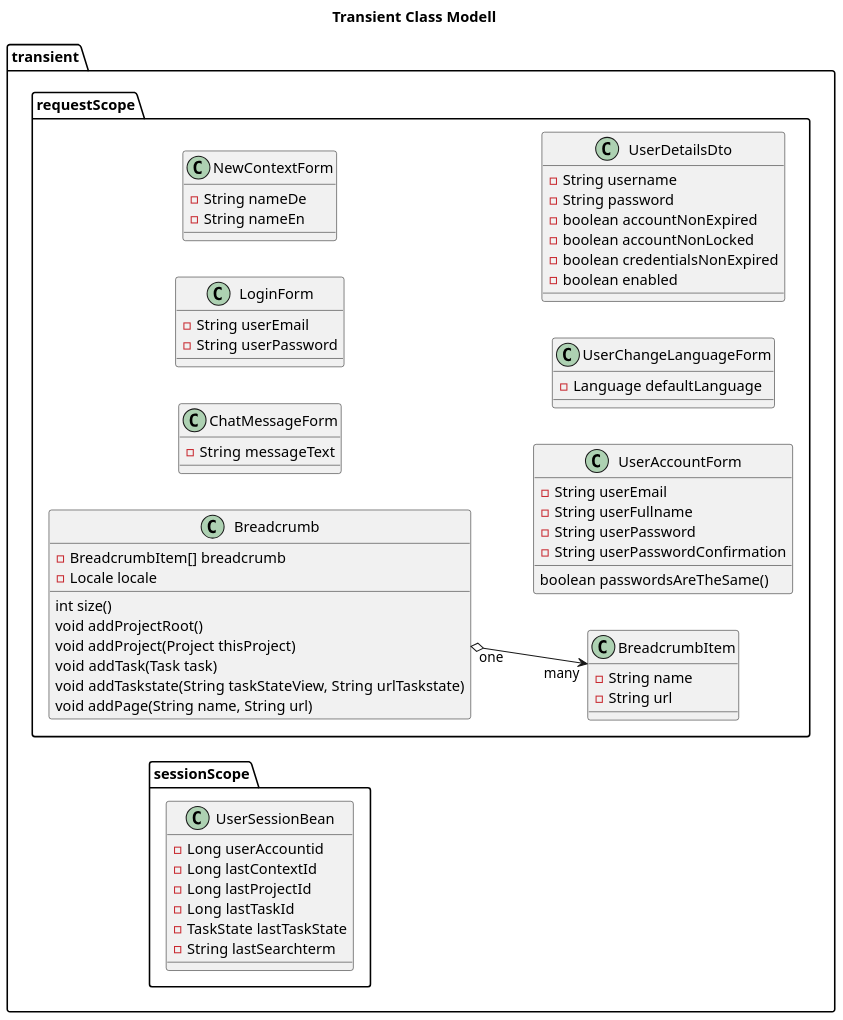
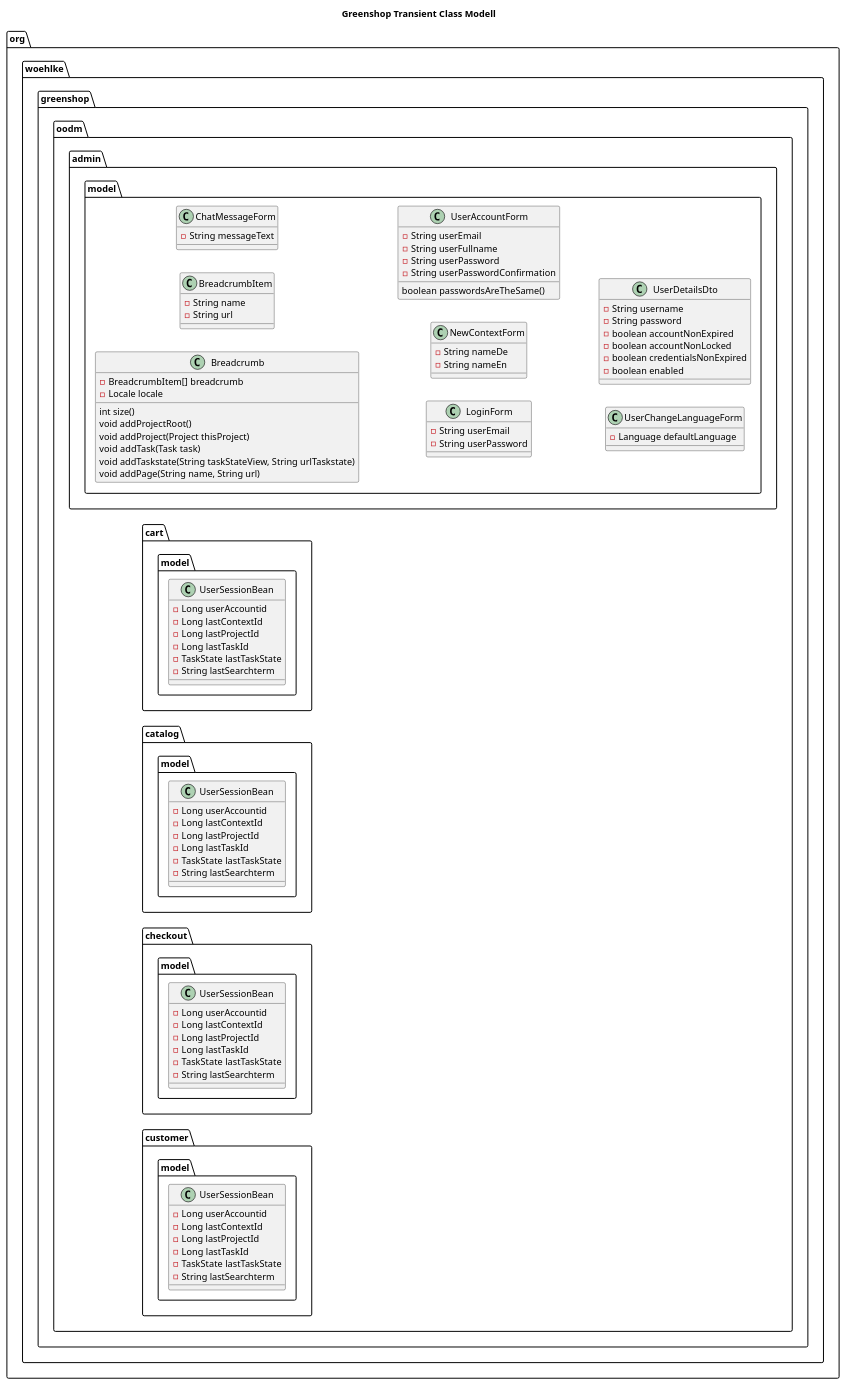
One commit to Spring-Framework-Java-Apps/greenshop changed the diagram in src/main/plantuml/Simpleworklist__Domain_Class_Modell_Transient.puml. Above: the diagram before and after it, drawn with PlantUML. The commit also changed 1 other file, not shown here.

```diff
--- a/src/main/plantuml/Simpleworklist__Domain_Class_Modell_Transient.puml
+++ b/src/main/plantuml/Simpleworklist__Domain_Class_Modell_Transient.puml
@@ -1,74 +1,110 @@
 @startuml
 
-title Transient Class Modell
+title Greenshop Transient Class Modell
 'https://plantuml.com/class-diagram
 
 left to right direction
 'top to bottom direction
 
 scale 1200 width
 
-package transient {
+package org.woehlke.greenshop.oodm {
 
-  package requestScope {
+    package org.woehlke.greenshop.oodm.admin.model {
 
-    class Breadcrumb {
-      - BreadcrumbItem[] breadcrumb
-      - Locale locale
-      int size()
-      void addProjectRoot()
-      void addProject(Project thisProject)
-      void addTask(Task task)
-      void addTaskstate(String taskStateView, String urlTaskstate)
-      void addPage(String name, String url)
-    }
-    class BreadcrumbItem {
-      - String name
-      - String url
-    }
-    class ChatMessageForm {
-      - String messageText
-    }
-    class LoginForm {
-      - String userEmail
-      - String userPassword
-    }
-    class NewContextForm {
-      - String nameDe
-      - String nameEn
-    }
-    class UserAccountForm {
-      - String userEmail
-      - String userFullname
-      - String userPassword
-      - String userPasswordConfirmation
-      boolean passwordsAreTheSame()
-    }
-    class UserChangeLanguageForm {
-    - Language defaultLanguage
-    }
-    class UserDetailsDto {
-      - String username
-      - String password
-      - boolean accountNonExpired
-      - boolean accountNonLocked
-      - boolean credentialsNonExpired
-      - boolean enabled
-    }
-  }
+        class Breadcrumb {
+          - BreadcrumbItem[] breadcrumb
+          - Locale locale
+          int size()
+          void addProjectRoot()
+          void addProject(Project thisProject)
+          void addTask(Task task)
+          void addTaskstate(String taskStateView, String urlTaskstate)
+          void addPage(String name, String url)
+        }
+        class BreadcrumbItem {
+          - String name
+          - String url
+        }
+        class ChatMessageForm {
+          - String messageText
+        }
+        class LoginForm {
+          - String userEmail
+          - String userPassword
+        }
+        class NewContextForm {
+          - String nameDe
+          - String nameEn
+        }
+        class UserAccountForm {
+          - String userEmail
+          - String userFullname
+          - String userPassword
+          - String userPasswordConfirmation
+          boolean passwordsAreTheSame()
+        }
+        class UserChangeLanguageForm {
+        - Language defaultLanguage
+        }
+        class UserDetailsDto {
+          - String username
+          - String password
+          - boolean accountNonExpired
+          - boolean accountNonLocked
+          - boolean credentialsNonExpired
+          - boolean enabled
+        }
+      }
 
-  package sessionScope {
-    class UserSessionBean {
-      - Long userAccountid
-      - Long lastContextId
-      - Long lastProjectId
-      - Long lastTaskId
-      - TaskState lastTaskState
-      - String lastSearchterm
+    package org.woehlke.greenshop.oodm.cart.model {
+
+        class UserSessionBean {
+          - Long userAccountid
+          - Long lastContextId
+          - Long lastProjectId
+          - Long lastTaskId
+          - TaskState lastTaskState
+          - String lastSearchterm
+        }
+
+        ' Breadcrumb "one" o--> "many"  BreadcrumbItem
     }
 
-    Breadcrumb "one" o--> "many"  BreadcrumbItem
-  }
+    package org.woehlke.greenshop.oodm.catalog.model {
+        class UserSessionBean {
+          - Long userAccountid
+          - Long lastContextId
+          - Long lastProjectId
+          - Long lastTaskId
+          - TaskState lastTaskState
+          - String lastSearchterm
+        }
+    }
+
+    package org.woehlke.greenshop.oodm.checkout.model {
+        class UserSessionBean {
+          - Long userAccountid
+          - Long lastContextId
+          - Long lastProjectId
+          - Long lastTaskId
+          - TaskState lastTaskState
+          - String lastSearchterm
+        }
+    }
+
+    package org.woehlke.greenshop.oodm.customer.model {
+
+        class UserSessionBean {
+          - Long userAccountid
+          - Long lastContextId
+          - Long lastProjectId
+          - Long lastTaskId
+          - TaskState lastTaskState
+          - String lastSearchterm
+        }
+    }
+
 }
 
 @enduml
```
